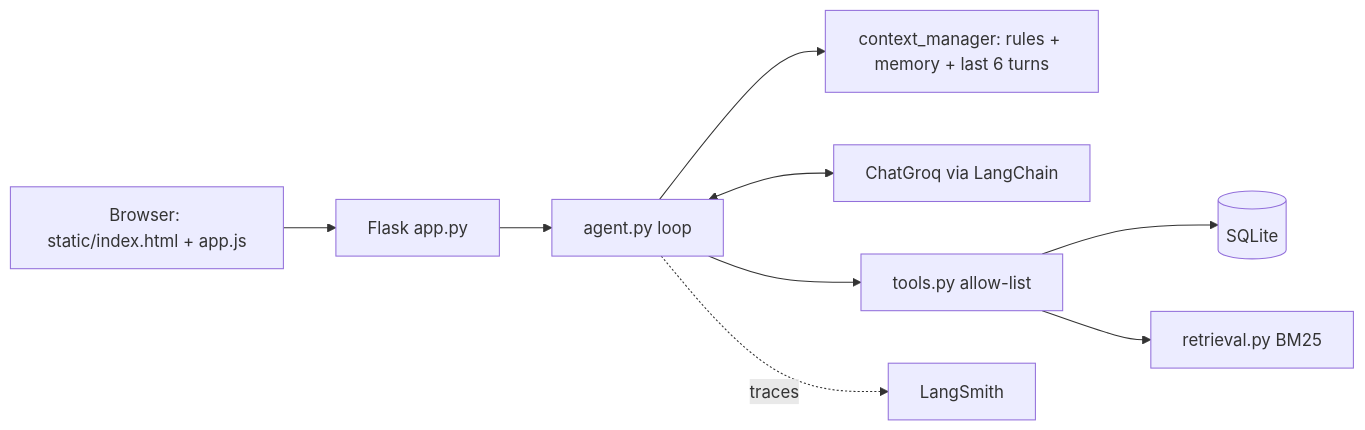
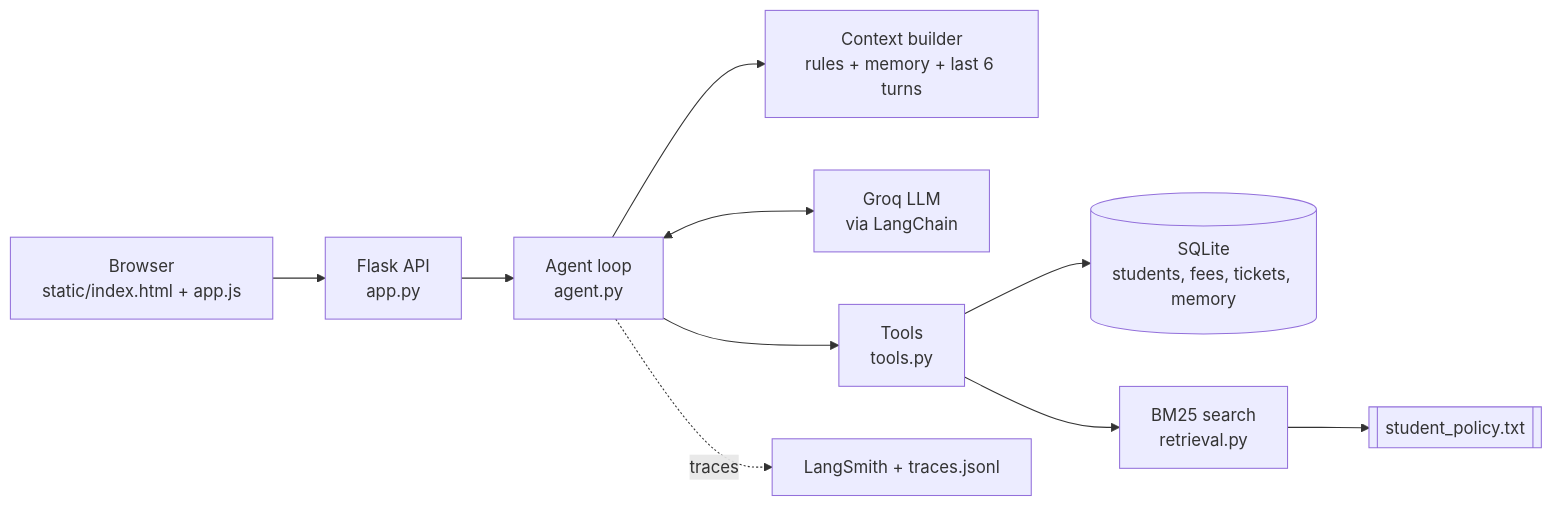
Before and after one commit to neel2094/Agentic_student_support_portal: the first of 2 diagrams in Assignment_1/README.md, drawn with Mermaid. The commit also changed other lines of this file, not shown here.

````diff
--- a/Assignment_1/README.md
+++ b/Assignment_1/README.md
@@ -9,11 +26,12 @@
 ```mermaid
 flowchart LR
-  UI[Browser: static/index.html + app.js] --> S[Flask app.py]
-  S --> A[agent.py loop]
-  A --> C[context_manager: rules + memory + last 6 turns]
-  A <--> L[ChatGroq via LangChain]
-  A --> T[tools.py allow-list]
-  T --> DB[(SQLite)]
-  T --> R[retrieval.py BM25]
-  A -. traces .-> LS[LangSmith]
+    UI["Browser<br/>static/index.html + app.js"] --> API["Flask API<br/>app.py"]
+    API --> AG["Agent loop<br/>agent.py"]
+    AG --> CTX["Context builder<br/>rules + memory + last 6 turns"]
+    AG <--> LLM["Groq LLM<br/>via LangChain"]
+    AG --> TL["Tools<br/>tools.py"]
+    TL --> DB[("SQLite<br/>students, fees, tickets, memory")]
+    TL --> RAG["BM25 search<br/>retrieval.py"]
+    RAG --> POL[["student_policy.txt"]]
+    AG -. "traces" .-> LS["LangSmith + traces.jsonl"]
 ```
````
